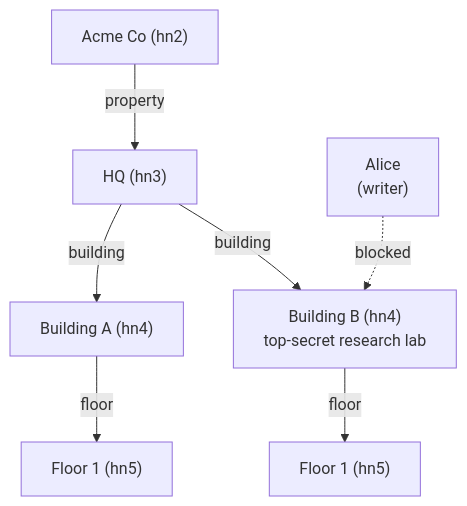
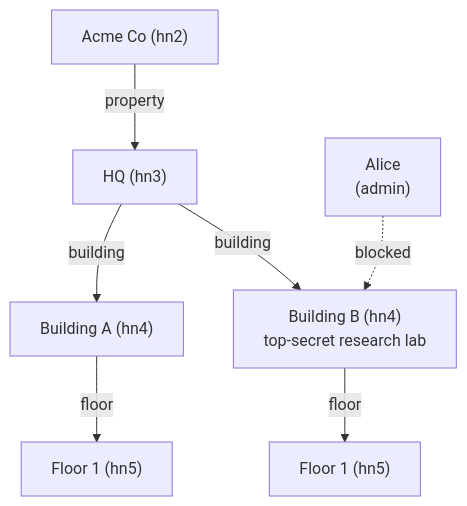
The diagram in docs/architecture.md (surt666/ems_rust), drawn with Mermaid before and after one commit. The commit also changed other lines of this file and 1 other file, not shown here.

````diff
--- a/docs/architecture.md
+++ b/docs/architecture.md
@@ -378,10 +383,10 @@
 ```mermaid
 graph TD
   C["Acme Co (hn2)"] -->|property| HQ["HQ (hn3)"]
   HQ -->|building| B1["Building A (hn4)"]
   HQ -->|building| B2["Building B (hn4)<br/>top-secret research lab"]
   B1 -->|floor| F1["Floor 1 (hn5)"]
   B2 -->|floor| F2["Floor 1 (hn5)"]
 
-  U["Alice<br/>(writer)"] -.->|blocked| B2
+  U["Alice<br/>(admin)"] -.->|blocked| B2
 ```
````
